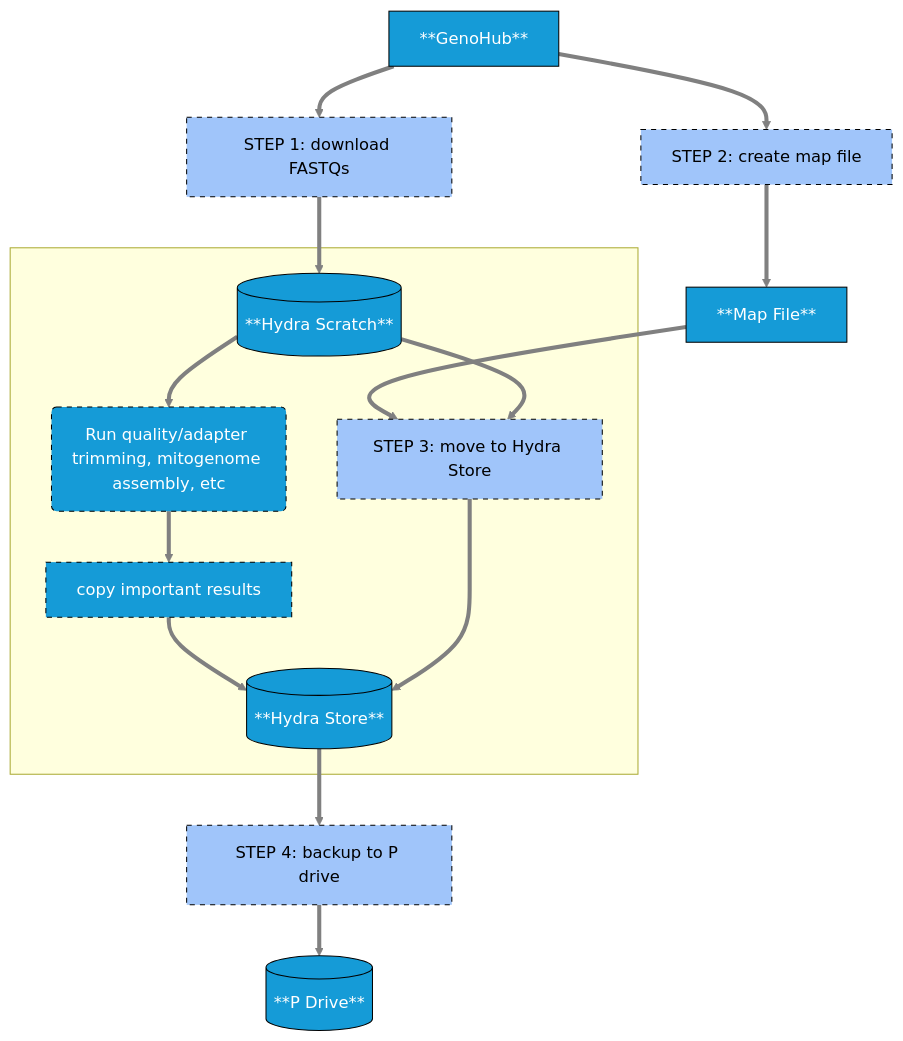
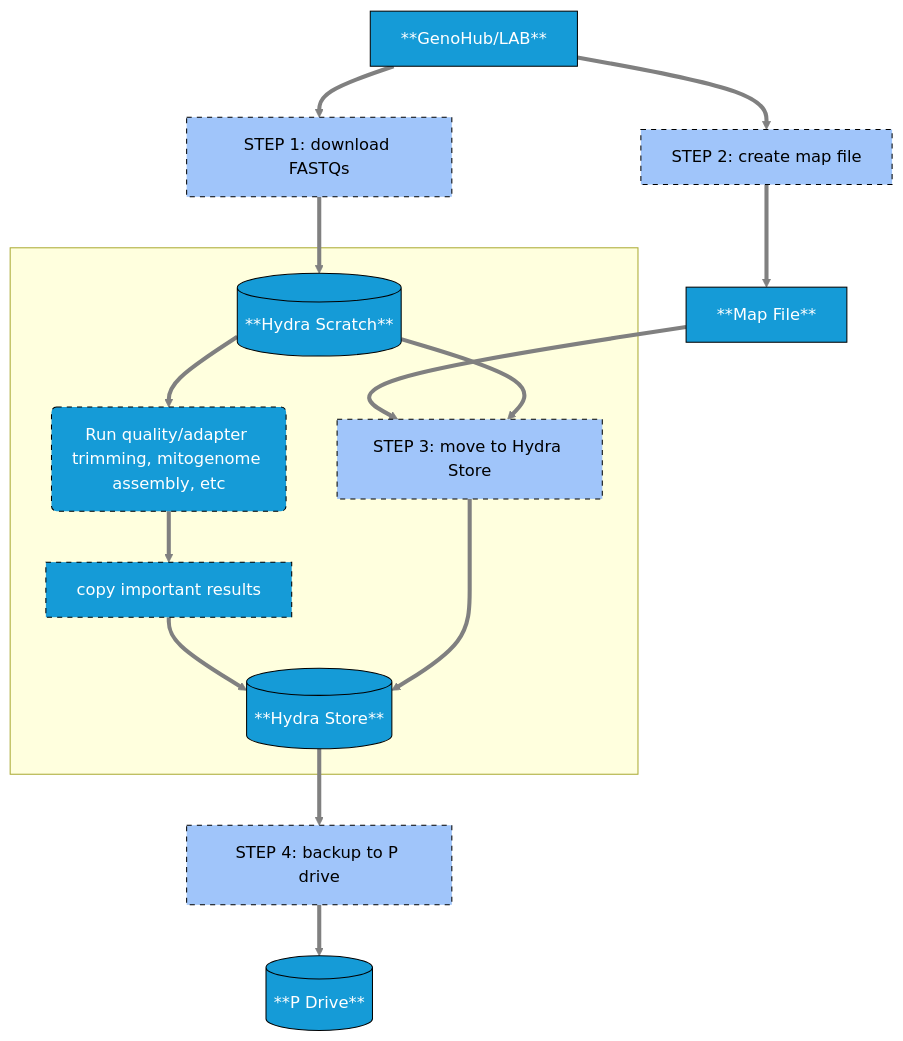
The diagram in qmd/datamanagement.qmd (Smithsonian/NMNH-Ocean-DNA), drawn with Mermaid before and after one commit. The commit also changed other lines of this file and 4 other files, not shown here.

````diff
--- a/qmd/datamanagement.qmd
+++ b/qmd/datamanagement.qmd
@@ -33,45 +33,45 @@
 ```{mermaid}
 graph TD;
 
-  GenoHub[**GenoHub**]
+  GenoHub[**GenoHub/LAB**]
   Metadata[**Map File**]
   Analyses(Run quality/adapter trimming, mitogenome assembly, etc)
   Scratch[(**Hydra Scratch**)]
   Store[(**Hydra Store**)]
   PDrive[(**P Drive**)]
   
   Move0[STEP 2: create map file]
   Move1[STEP 1: download FASTQs]  
   Move3[copy important results]
   Move4[STEP 3: move to Hydra Store]
   Move5[STEP 4: backup to P drive]
 
   Move0-->Metadata
   Metadata-->Move4
   GenoHub-->Move1
   GenoHub-->Move0
   Scratch-->Move4
   Move1-->Scratch
   subgraph " "
     Scratch-->Analyses
     Analyses-->Move3
     Move3-->Store
     Move4-->Store
   end
   Store-->Move5
   Move5-->PDrive
 
   classDef process stroke:black,color:white,fill:#159BD7,stroke-dasharray: 5 5
   classDef storage stroke:black,color:white,fill:#159BD7
   classDef ccr stroke:black,color:white,fill:#159BD7
   classDef step stroke:black,color:black,fill:#a0c5fa,stroke-dasharray: 5 5
 
   class Rename,Analyses,Move2,Move3 process
   class Metadata,GenoHub,Scratch,Store,PDrive storage
   class Move0,Move1,Move4,Move5 step
 
   click Rename "bestpractices.html"
 
   linkStyle default stroke:grey, stroke-width:4px
 
 ```
````
